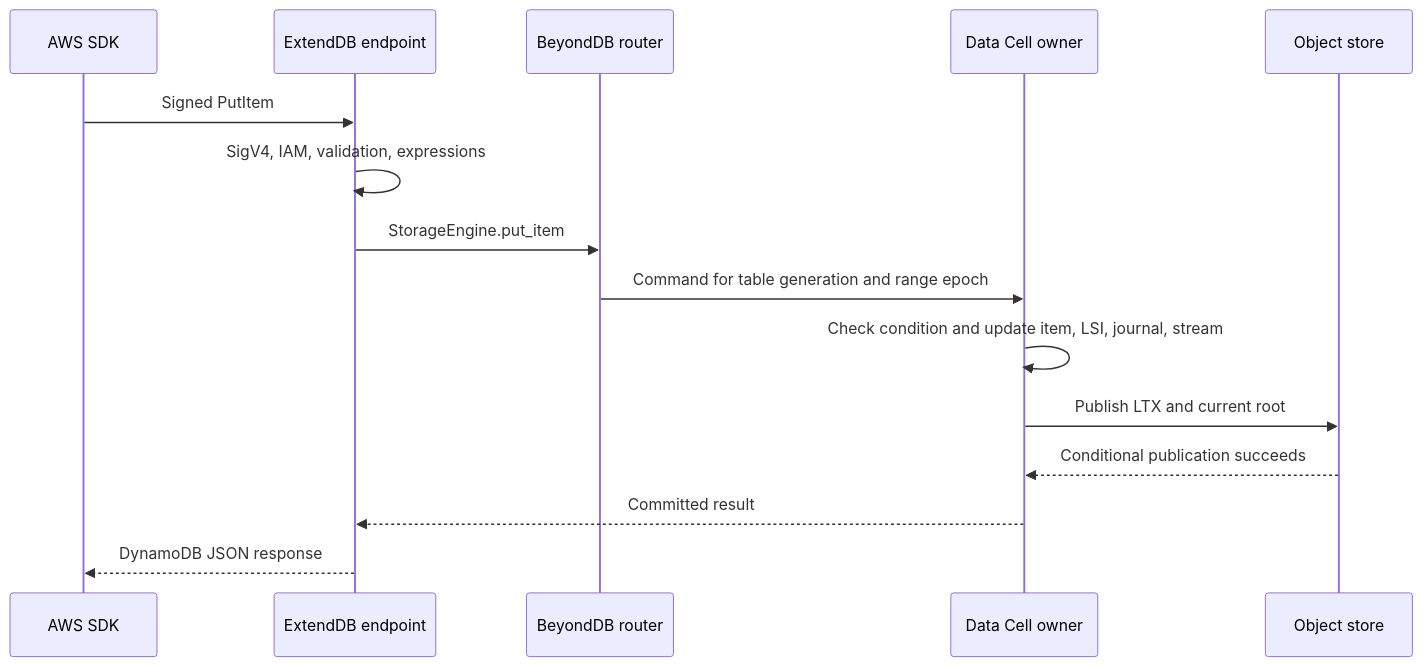
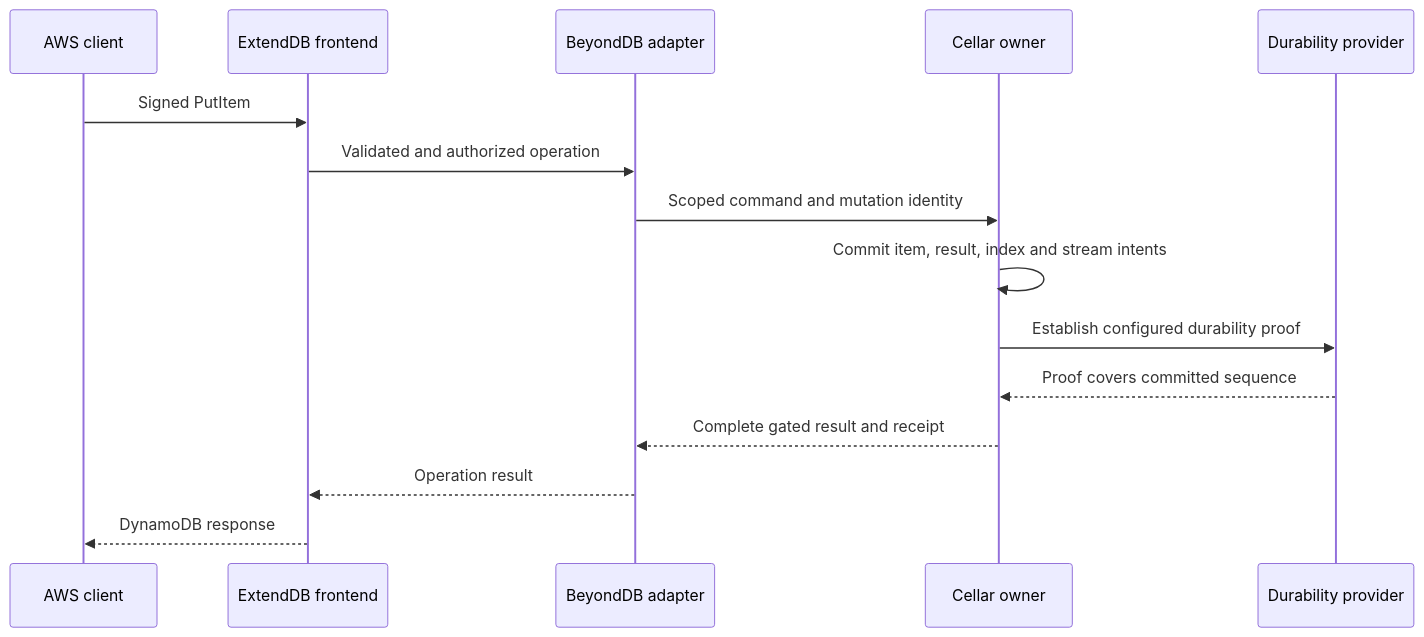
Before and after one commit to crabbuild/beyonddb: the first of 3 diagrams in docs/architecture.md, drawn with Mermaid. The commit also changed other lines of this file and 39 other files, not shown here.

````diff
--- a/docs/architecture.md
+++ b/docs/architecture.md
@@ -62,17 +43,17 @@
 ```mermaid
 sequenceDiagram
-    participant Client as AWS SDK
-    participant HTTP as ExtendDB endpoint
-    participant Route as BeyondDB router
-    participant Owner as Data Cell owner
-    participant Store as Object store
-    Client->>HTTP: Signed PutItem
-    HTTP->>HTTP: SigV4, IAM, validation, expressions
-    HTTP->>Route: StorageEngine.put_item
-    Route->>Owner: Command for table generation and range epoch
-    Owner->>Owner: Check condition and update item, LSI, journal, stream
-    Owner->>Store: Publish LTX and current root
-    Store-->>Owner: Conditional publication succeeds
-    Owner-->>HTTP: Committed result
-    HTTP-->>Client: DynamoDB JSON response
+    participant Client as AWS client
+    participant Front as ExtendDB frontend
+    participant App as BeyondDB adapter
+    participant Cell as Cellar owner
+    participant Proof as Durability provider
+    Client->>Front: Signed PutItem
+    Front->>App: Validated and authorized operation
+    App->>Cell: Scoped command and mutation identity
+    Cell->>Cell: Commit item, result, index and stream intents
+    Cell->>Proof: Establish configured durability proof
+    Proof-->>Cell: Proof covers committed sequence
+    Cell-->>App: Complete gated result and receipt
+    App-->>Front: Operation result
+    Front-->>Client: DynamoDB response
 ```
````
